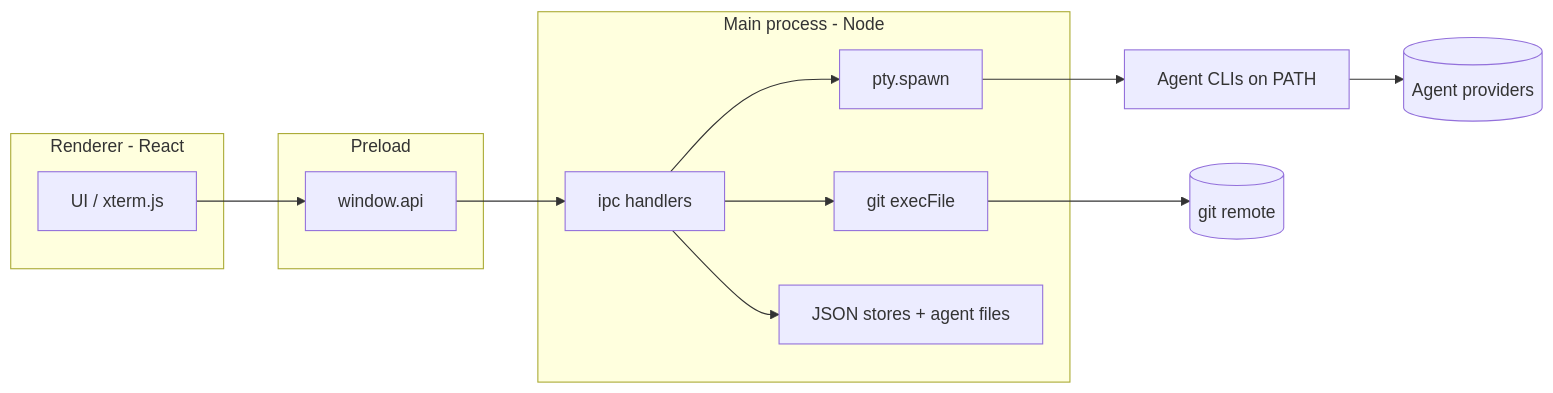
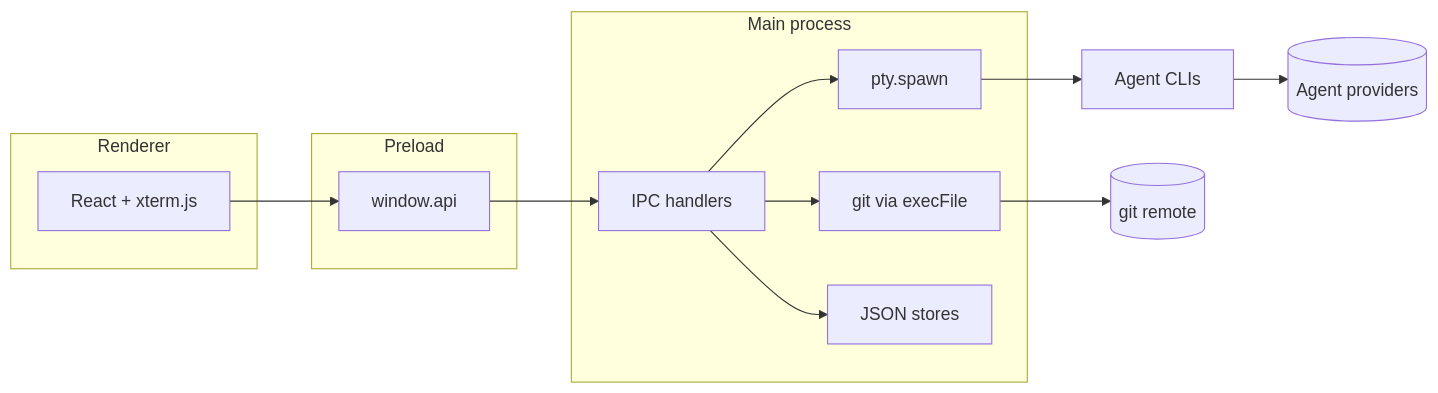
The diagram in README.md (jamessherburn/ai-worktrees), drawn with Mermaid before and after one commit. The commit also changed other lines of this file and 53 other files, not shown here.

````diff
--- a/README.md
+++ b/README.md
@@ -120,22 +158,22 @@
 ```mermaid
 flowchart LR
-  subgraph renderer [Renderer - React]
-    UI[UI / xterm.js]
+  subgraph renderer [Renderer]
+    UI[React + xterm.js]
   end
   subgraph preload [Preload]
     API["window.api"]
   end
-  subgraph main [Main process - Node]
-    IPC[ipc handlers]
-    Git[git execFile]
+  subgraph main [Main process]
+    IPC[IPC handlers]
+    Git[git via execFile]
     Pty[pty.spawn]
-    FS[JSON stores + agent files]
+    Store[JSON stores]
   end
   UI --> API --> IPC
   IPC --> Git
   IPC --> Pty
-  IPC --> FS
-  Pty --> Agents[Agent CLIs on PATH]
-  Git --> Network[(git remote)]
-  Agents --> Providers[(Agent providers)]
+  IPC --> Store
+  Pty --> Agents[Agent CLIs]
+  Git --> Remote[(git remote)]
+  Agents --> Vendors[(Agent providers)]
 ```
````
